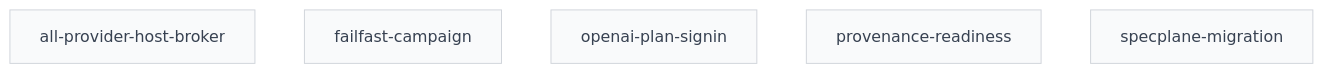
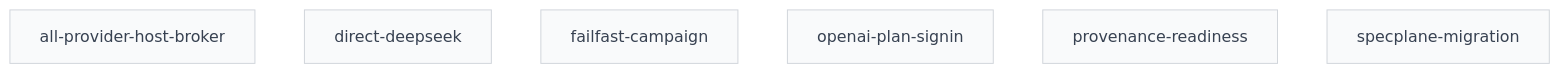
One commit to SpiralSky/ai-workflow changed the diagram in plans/PLANS.md. Above: the diagram before and after it, drawn with Mermaid (forest theme). The commit also changed other lines of this file and 29 other files, not shown here.

````diff
--- a/plans/PLANS.md
+++ b/plans/PLANS.md
@@ -21,15 +22,16 @@
 ```mermaid
 graph TD
     p_2026_11_01_all_provider_host_broker[all-provider-host-broker]:::draft
+    p_2026_11_01_direct_deepseek[direct-deepseek]:::draft
     p_2026_11_01_failfast_campaign[failfast-campaign]:::draft
     p_2026_11_01_openai_plan_signin[openai-plan-signin]:::draft
     p_2026_11_01_provenance_readiness[provenance-readiness]:::draft
     p_2026_11_01_specplane_migration[specplane-migration]:::draft
     classDef draft fill:#f9fafb,color:#374151,stroke:#d1d5db
     classDef ready fill:#22c55e,color:#fff
     classDef blocked fill:#ef4444,color:#fff
     classDef in_progress fill:#3b82f6,color:#fff
     classDef review fill:#60a5fa,color:#fff
     classDef done fill:#9ca3af,color:#fff
     classDef abandoned fill:#9ca3af,color:#fff,text-decoration:line-through
 ```
````
